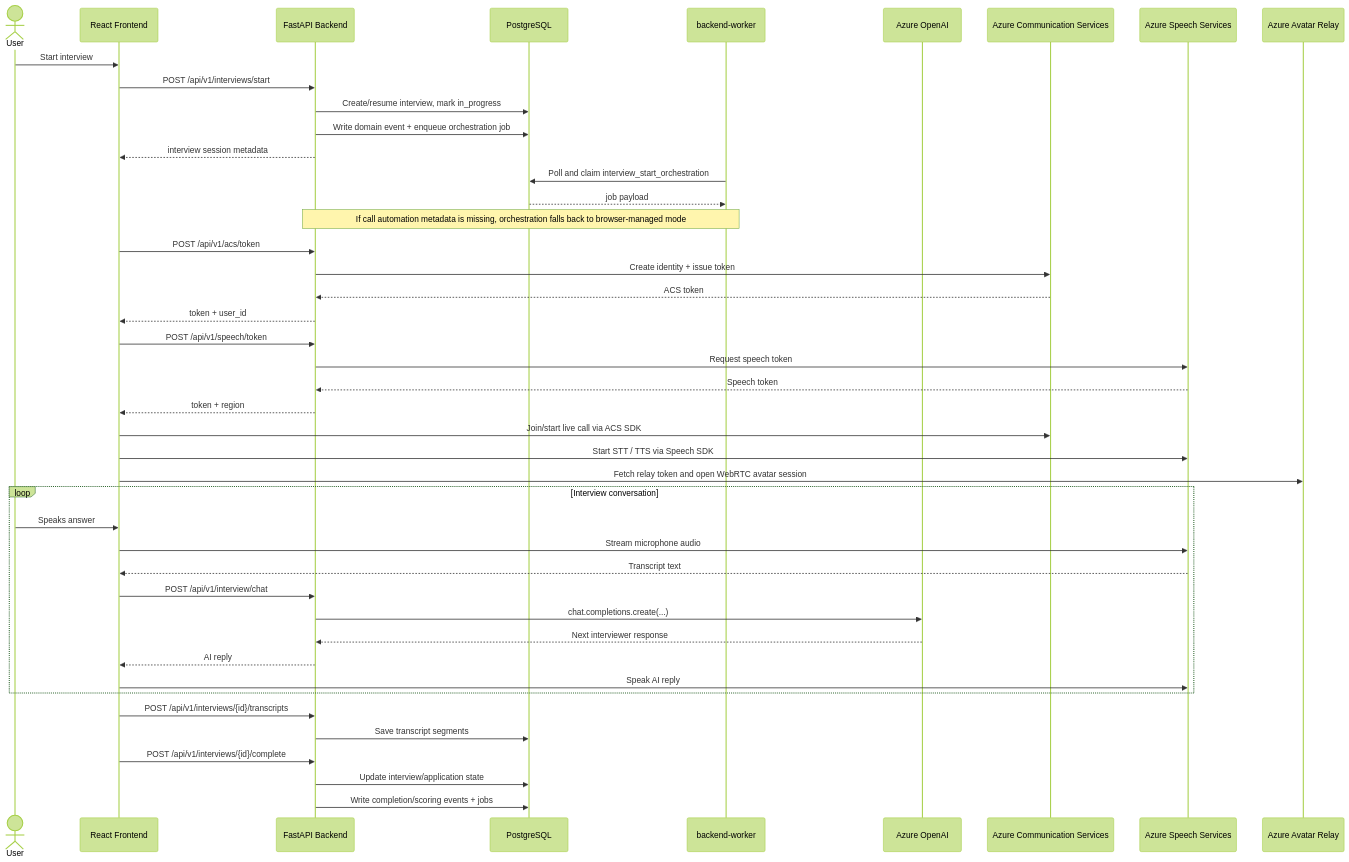
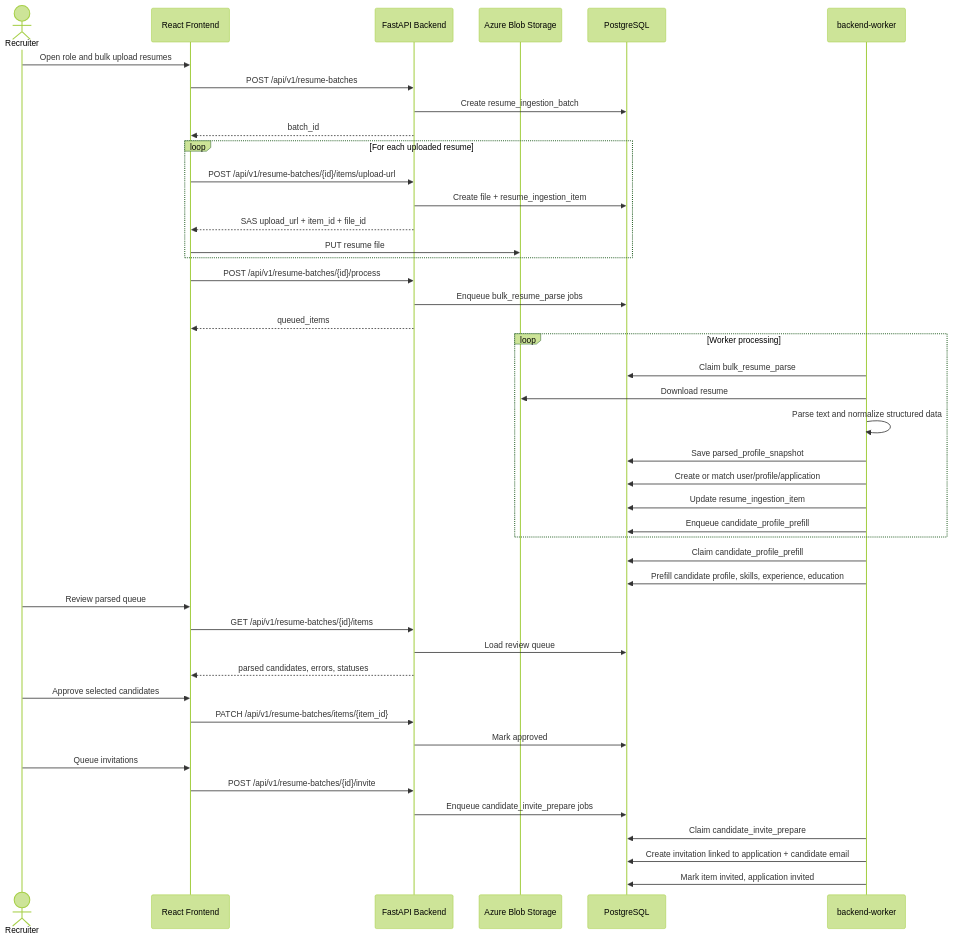
One commit to dcava30/Talenti_MVP changed the second of 4 diagrams in documentation/ARCHITECTURE_DIAGRAM.md. Above: the diagram before and after it, drawn with Mermaid (forest theme). The commit also changed other lines of this file, not shown here.

First line of the commit message:
The main diagram now includes:

````diff
--- a/documentation/ARCHITECTURE_DIAGRAM.md
+++ b/documentation/ARCHITECTURE_DIAGRAM.md
@@ -124,53 +158,55 @@
 ```mermaid
 sequenceDiagram
-    actor User
+    actor Recruiter
     participant UI as React Frontend
     participant API as FastAPI Backend
+    participant Blob as Azure Blob Storage
     participant DB as PostgreSQL
     participant BW as backend-worker
-    participant OAI as Azure OpenAI
-    participant ACS as Azure Communication Services
-    participant Speech as Azure Speech Services
-    participant Avatar as Azure Avatar Relay
 
-    User->>UI: Start interview
-    UI->>API: POST /api/v1/interviews/start
-    API->>DB: Create/resume interview, mark in_progress
-    API->>DB: Write domain event + enqueue orchestration job
-    API-->>UI: interview session metadata
+    Recruiter->>UI: Open role and bulk upload resumes
+    UI->>API: POST /api/v1/resume-batches
+    API->>DB: Create resume_ingestion_batch
+    API-->>UI: batch_id
 
-    BW->>DB: Poll and claim interview_start_orchestration
-    DB-->>BW: job payload
-    Note over BW,API: If call automation metadata is missing, orchestration falls back to browser-managed mode
-
-    UI->>API: POST /api/v1/acs/token
-    API->>ACS: Create identity + issue token
-    ACS-->>API: ACS token
-    API-->>UI: token + user_id
-
-    UI->>API: POST /api/v1/speech/token
-    API->>Speech: Request speech token
-    Speech-->>API: Speech token
-    API-->>UI: token + region
-
-    UI->>ACS: Join/start live call via ACS SDK
-    UI->>Speech: Start STT / TTS via Speech SDK
-    UI->>Avatar: Fetch relay token and open WebRTC avatar session
-
-    loop Interview conversation
-        User->>UI: Speaks answer
-        UI->>Speech: Stream microphone audio
-        Speech-->>UI: Transcript text
-        UI->>API: POST /api/v1/interview/chat
-        API->>OAI: chat.completions.create(...)
-        OAI-->>API: Next interviewer response
-        API-->>UI: AI reply
-        UI->>Speech: Speak AI reply
+    loop For each uploaded resume
+        UI->>API: POST /api/v1/resume-batches/{id}/items/upload-url
+        API->>DB: Create file + resume_ingestion_item
+        API-->>UI: SAS upload_url + item_id + file_id
+        UI->>Blob: PUT resume file
     end
 
-    UI->>API: POST /api/v1/interviews/{id}/transcripts
-    API->>DB: Save transcript segments
-    UI->>API: POST /api/v1/interviews/{id}/complete
-    API->>DB: Update interview/application state
-    API->>DB: Write completion/scoring events + jobs
+    UI->>API: POST /api/v1/resume-batches/{id}/process
+    API->>DB: Enqueue bulk_resume_parse jobs
+    API-->>UI: queued_items
+
+    loop Worker processing
+        BW->>DB: Claim bulk_resume_parse
+        BW->>Blob: Download resume
+        BW->>BW: Parse text and normalize structured data
+        BW->>DB: Save parsed_profile_snapshot
+        BW->>DB: Create or match user/profile/application
+        BW->>DB: Update resume_ingestion_item
+        BW->>DB: Enqueue candidate_profile_prefill
+    end
+
+    BW->>DB: Claim candidate_profile_prefill
+    BW->>DB: Prefill candidate profile, skills, experience, education
+
+    Recruiter->>UI: Review parsed queue
+    UI->>API: GET /api/v1/resume-batches/{id}/items
+    API->>DB: Load review queue
+    API-->>UI: parsed candidates, errors, statuses
+
+    Recruiter->>UI: Approve selected candidates
+    UI->>API: PATCH /api/v1/resume-batches/items/{item_id}
+    API->>DB: Mark approved
+
+    Recruiter->>UI: Queue invitations
+    UI->>API: POST /api/v1/resume-batches/{id}/invite
+    API->>DB: Enqueue candidate_invite_prepare jobs
+
+    BW->>DB: Claim candidate_invite_prepare
+    BW->>DB: Create invitation linked to application + candidate email
+    BW->>DB: Mark item invited, application invited
 ```
````
